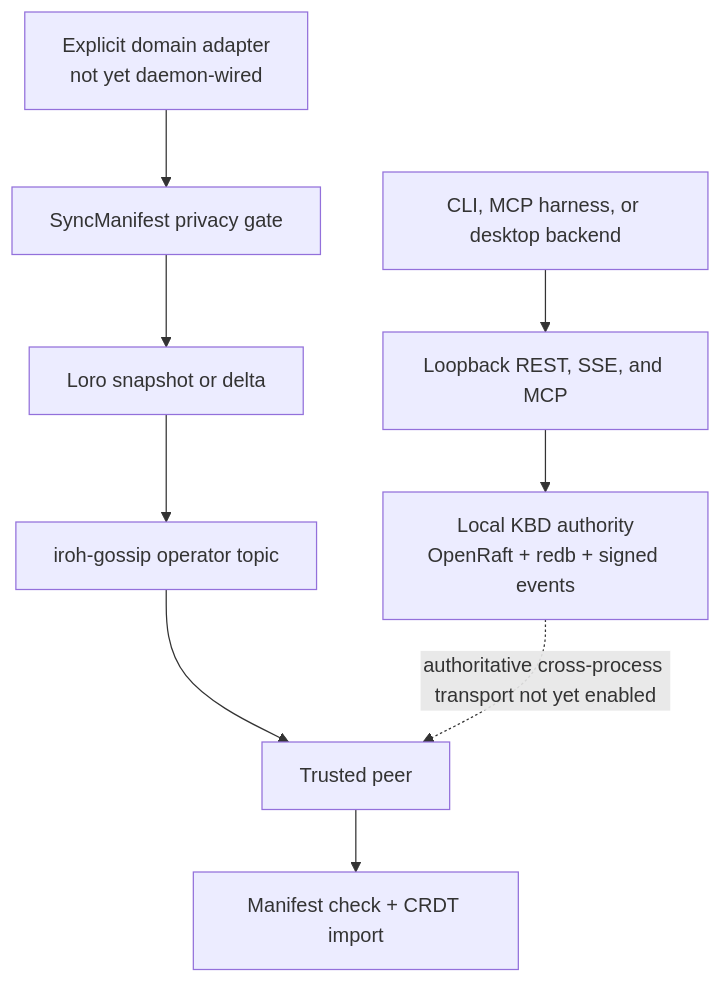
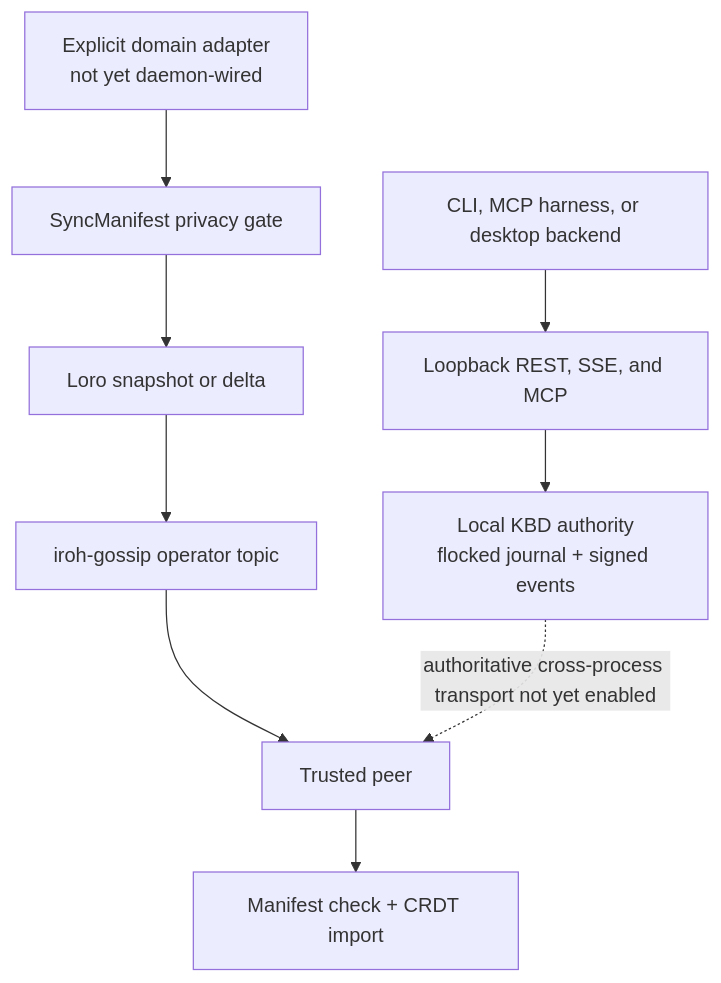
The diagram in site/docs/sovereign-sync/overview.md (Prometheus-AGS/prometheus-skill-system), drawn with Mermaid before and after one commit. The commit also changed 24 other files, not shown here.

Commit message:
fix(kbd): restore atomic journal control path

````diff
--- a/site/docs/sovereign-sync/overview.md
+++ b/site/docs/sovereign-sync/overview.md
@@ -107,11 +107,11 @@
 ```mermaid
 flowchart TB
   Client["CLI, MCP harness, or desktop backend"] --> Local["Loopback REST, SSE, and MCP"]
-  Local --> KBD["Local KBD authority<br/>OpenRaft + redb + signed events"]
+  Local --> KBD["Local KBD authority<br/>flocked journal + signed events"]
   Producer["Explicit domain adapter<br/>not yet daemon-wired"] --> Gate["SyncManifest privacy gate"]
   Gate --> CRDT["Loro snapshot or delta"]
   CRDT --> Gossip["iroh-gossip operator topic"]
   Gossip --> Peer["Trusted peer"]
   Peer --> Import["Manifest check + CRDT import"]
   KBD -. "authoritative cross-process transport not yet enabled" .-> Peer
 ```
````
